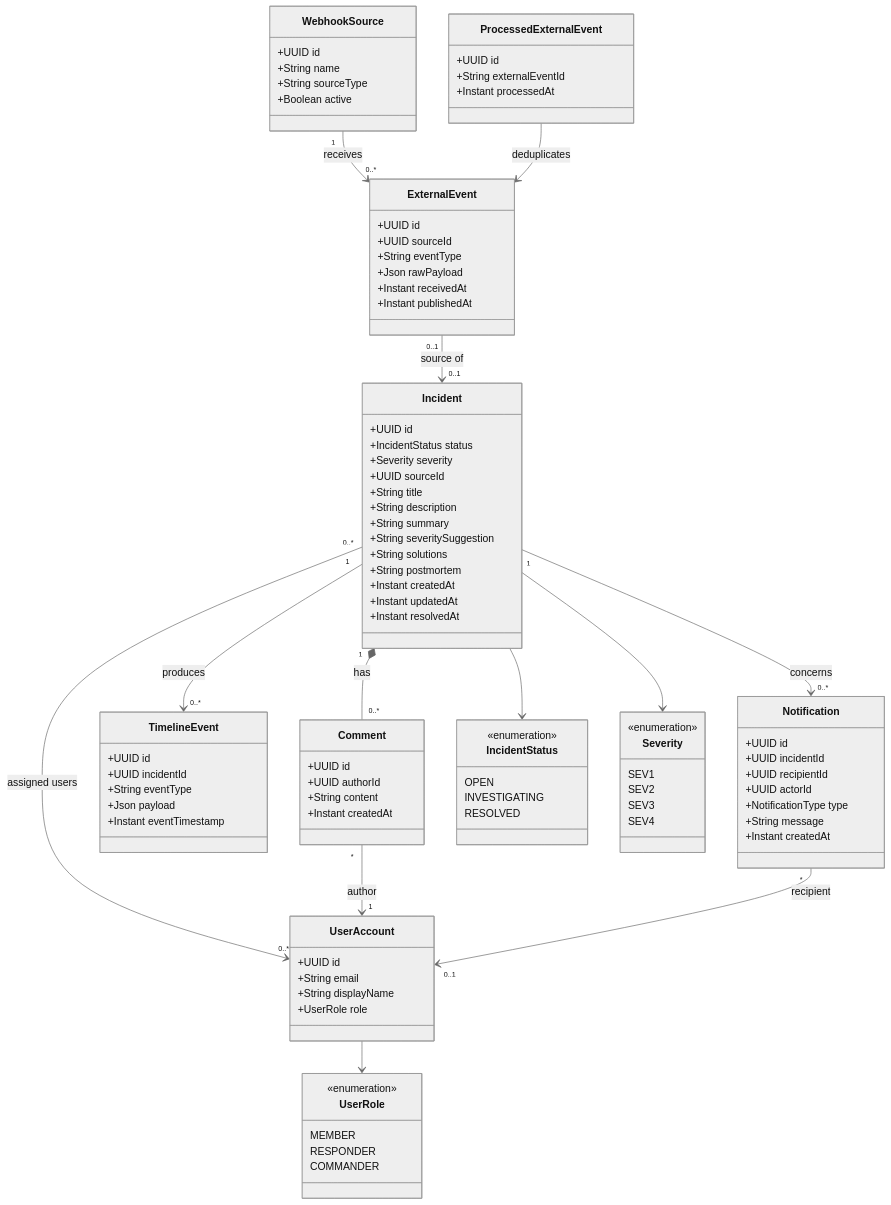
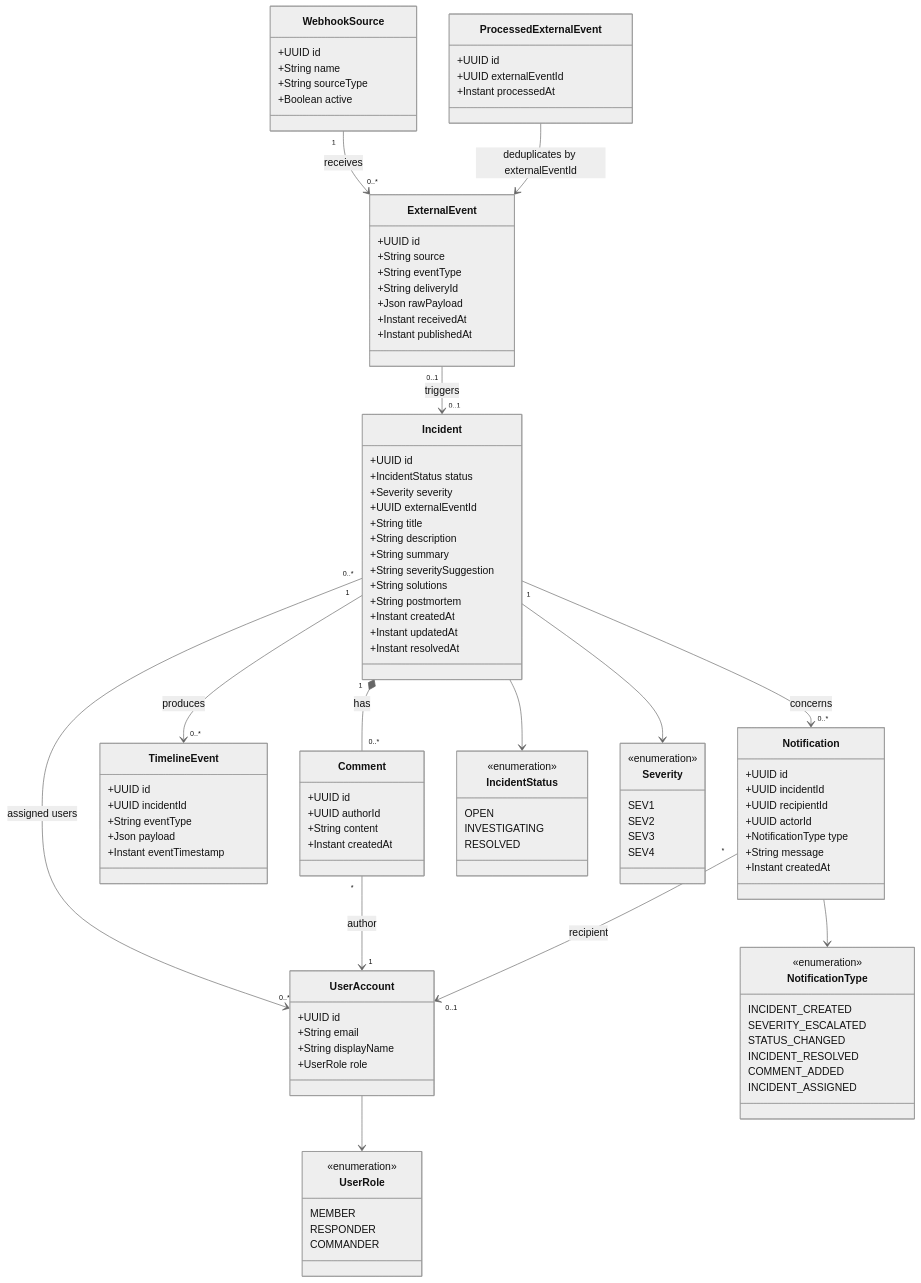
One commit to AET-DevOps26/team-panic-at-the-console changed the diagram in docs/deliverables/2026-05-08-uml-diagrams/analysis_object_model.md. Above: the diagram before and after it, drawn with Mermaid (neutral theme). The commit also changed other lines of this file and 6 other files, not shown here.

````diff
--- a/docs/deliverables/2026-05-08-uml-diagrams/analysis_object_model.md
+++ b/docs/deliverables/2026-05-08-uml-diagrams/analysis_object_model.md
@@ -6,7 +6,7 @@
         +UUID id
         +IncidentStatus status
         +Severity severity
-        +UUID sourceId
+        +UUID externalEventId
         +String title
         +String description
         +String summary
@@ -52,8 +52,9 @@
 
     class ExternalEvent {
         +UUID id
-        +UUID sourceId
+        +String source
         +String eventType
+        +String deliveryId
         +Json rawPayload
         +Instant receivedAt
         +Instant publishedAt
@@ -61,7 +62,7 @@
 
     class ProcessedExternalEvent {
         +UUID id
-        +String externalEventId
+        +UUID externalEventId
         +Instant processedAt
     }
 
@@ -94,6 +95,16 @@
         COMMANDER
     }
 
+    class NotificationType {
+        <<enumeration>>
+        INCIDENT_CREATED
+        SEVERITY_ESCALATED
+        STATUS_CHANGED
+        INCIDENT_RESOLVED
+        COMMENT_ADDED
+        INCIDENT_ASSIGNED
+    }
+
     Incident "1" *-- "0..*" Comment : has
     Incident "1" --> "0..*" TimelineEvent : produces
     Incident "0..*" --> "0..*" UserAccount : assigned users
@@ -101,9 +112,10 @@
     Comment "*" --> "1" UserAccount : author
     Notification "*" --> "0..1" UserAccount : recipient
     WebhookSource "1" --> "0..*" ExternalEvent : receives
-    ExternalEvent "0..1" --> "0..1" Incident : source of
-    ProcessedExternalEvent --> ExternalEvent : deduplicates
+    ExternalEvent "0..1" --> "0..1" Incident : triggers
+    ProcessedExternalEvent --> ExternalEvent : deduplicates by externalEventId
     Incident --> IncidentStatus
     Incident --> Severity
     UserAccount --> UserRole
+    Notification --> NotificationType
 ```
````
